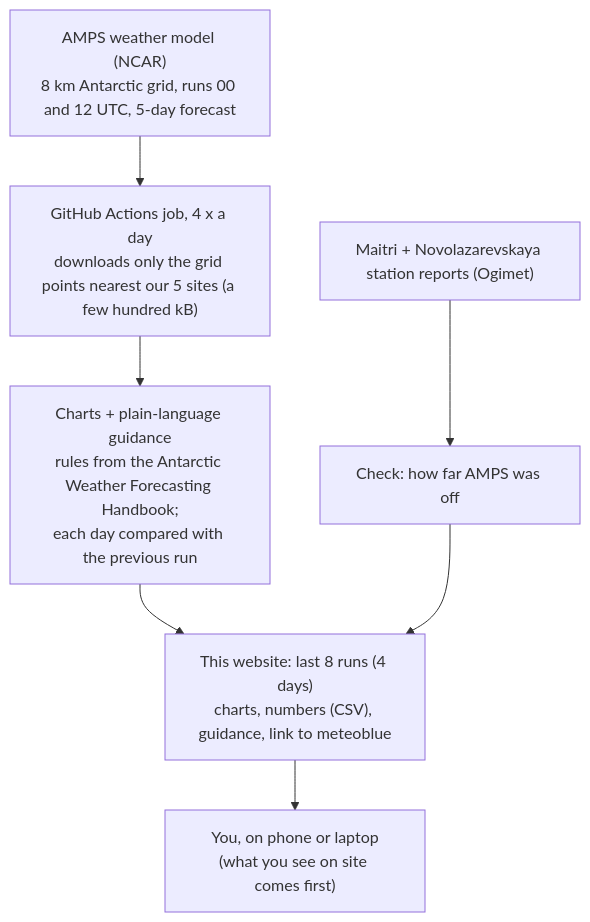
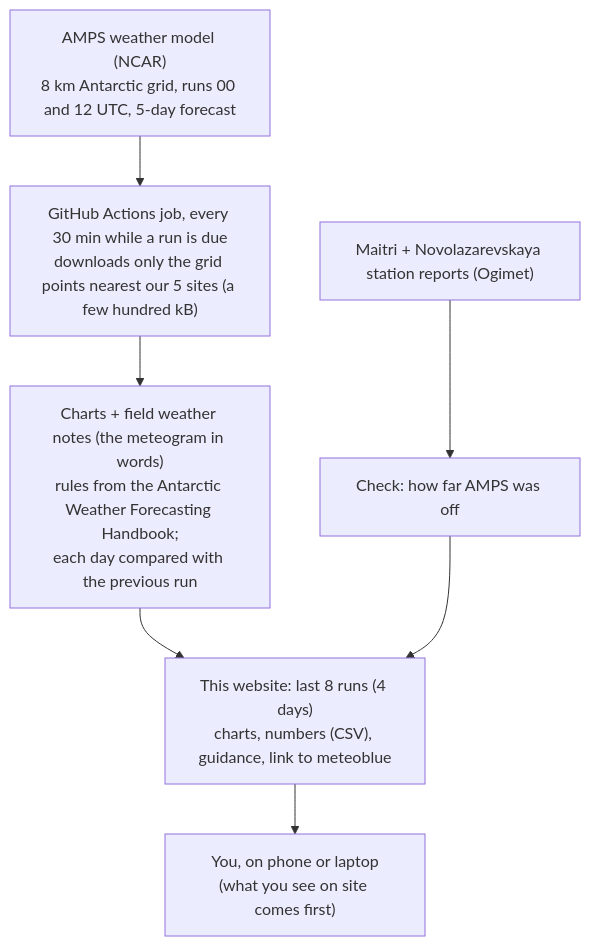
One commit to vikramonice/minis-weather changed the diagram in README.md. Above: the diagram before and after it, drawn with Mermaid. The commit also changed other lines of this file and 3 other files, not shown here.

First line of the commit message:
Field weather notes (the meteogram in words); age label shows when the next run is due; checks every 30 min while a run is due

````diff
--- a/README.md
+++ b/README.md
@@ -18,8 +18,8 @@
 ```mermaid
 flowchart TD
   A["AMPS weather model (NCAR)<br/>8 km Antarctic grid, runs 00 and 12 UTC, 5-day forecast"] --> B
-  B["GitHub Actions job, 4 x a day<br/>downloads only the grid points nearest our 5 sites (a few hundred kB)"] --> C
-  C["Charts + plain-language guidance<br/>rules from the Antarctic Weather Forecasting Handbook;<br/>each day compared with the previous run"] --> E
+  B["GitHub Actions job, every 30 min while a run is due<br/>downloads only the grid points nearest our 5 sites (a few hundred kB)"] --> C
+  C["Charts + field weather notes (the meteogram in words)<br/>rules from the Antarctic Weather Forecasting Handbook;<br/>each day compared with the previous run"] --> E
   D["Maitri + Novolazarevskaya station reports (Ogimet)"] --> V["Check: how far AMPS was off"] --> E
   E["This website: last 8 runs (4 days)<br/>charts, numbers (CSV), guidance, link to meteoblue"] --> F["You, on phone or laptop<br/>(what you see on site comes first)"]
 ```
````
